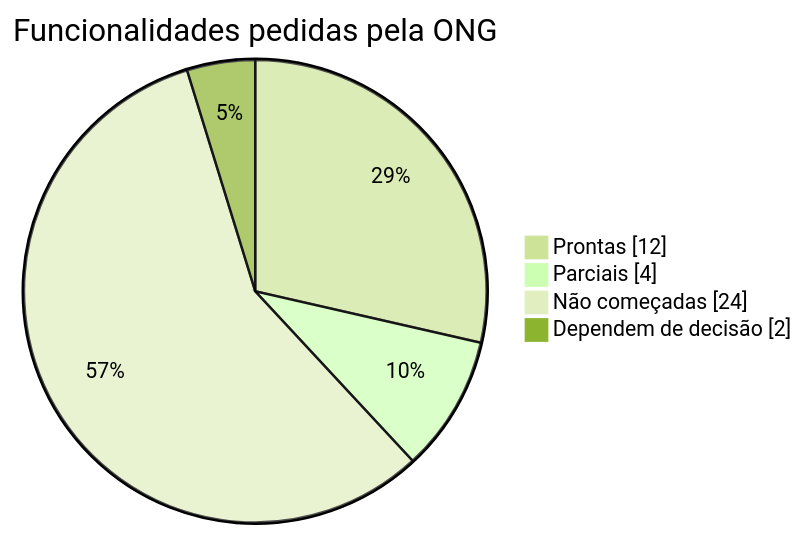
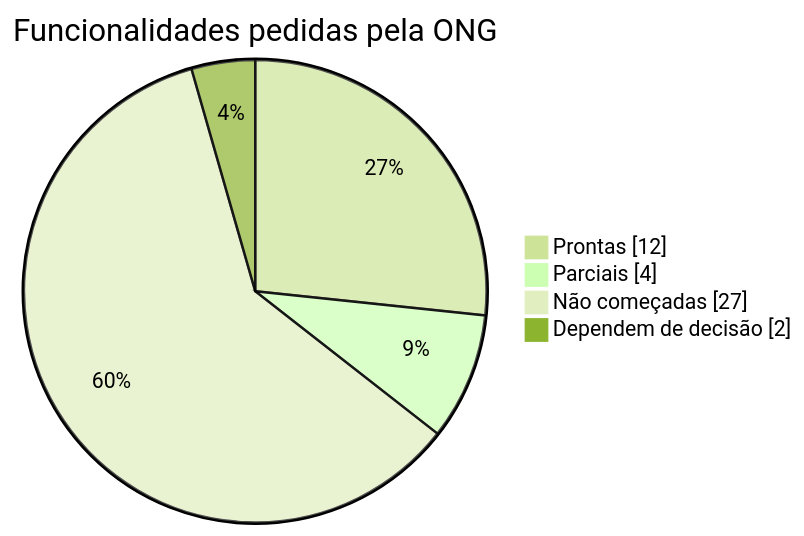
The first of 2 diagrams in docs/negocio/situacao-do-sistema.md (projeto-resgate/projetoresgate-api), drawn with Mermaid (forest theme) before and after one commit. The commit also changed other lines of this file and 22 other files, not shown here.

````diff
--- a/docs/negocio/situacao-do-sistema.md
+++ b/docs/negocio/situacao-do-sistema.md
@@ -11,7 +11,7 @@
 ```mermaid
 pie showData title Funcionalidades pedidas pela ONG
     "Prontas" : 12
     "Parciais" : 4
-    "Não começadas" : 24
+    "Não começadas" : 27
     "Dependem de decisão" : 2
 ```
````
